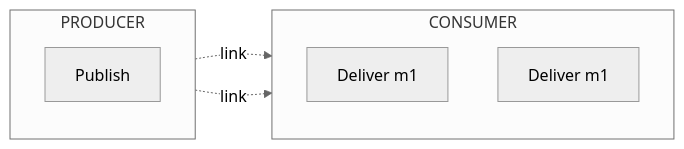
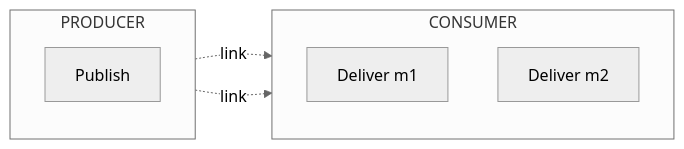
Before and after one commit to open-telemetry/oteps: the sixth of 11 diagrams in text/trace/0220-messaging-semantic-conventions-span-structure.md, drawn with Mermaid (neutral theme). The commit also changed other lines of this file, not shown here.

````diff
--- a/text/trace/0220-messaging-semantic-conventions-span-structure.md
+++ b/text/trace/0220-messaging-semantic-conventions-span-structure.md
@@ -358,14 +359,14 @@
 ```mermaid
 flowchart LR;
   subgraph PRODUCER
   direction TB
   P[Publish]
   end
   subgraph CONSUMER
   direction TB
   DM1[Deliver m1]
-  DM2[Deliver m1]
+  DM2[Deliver m2]
   end
   P-. link .->DM1;
   P-. link .->DM2;
 ```
````
